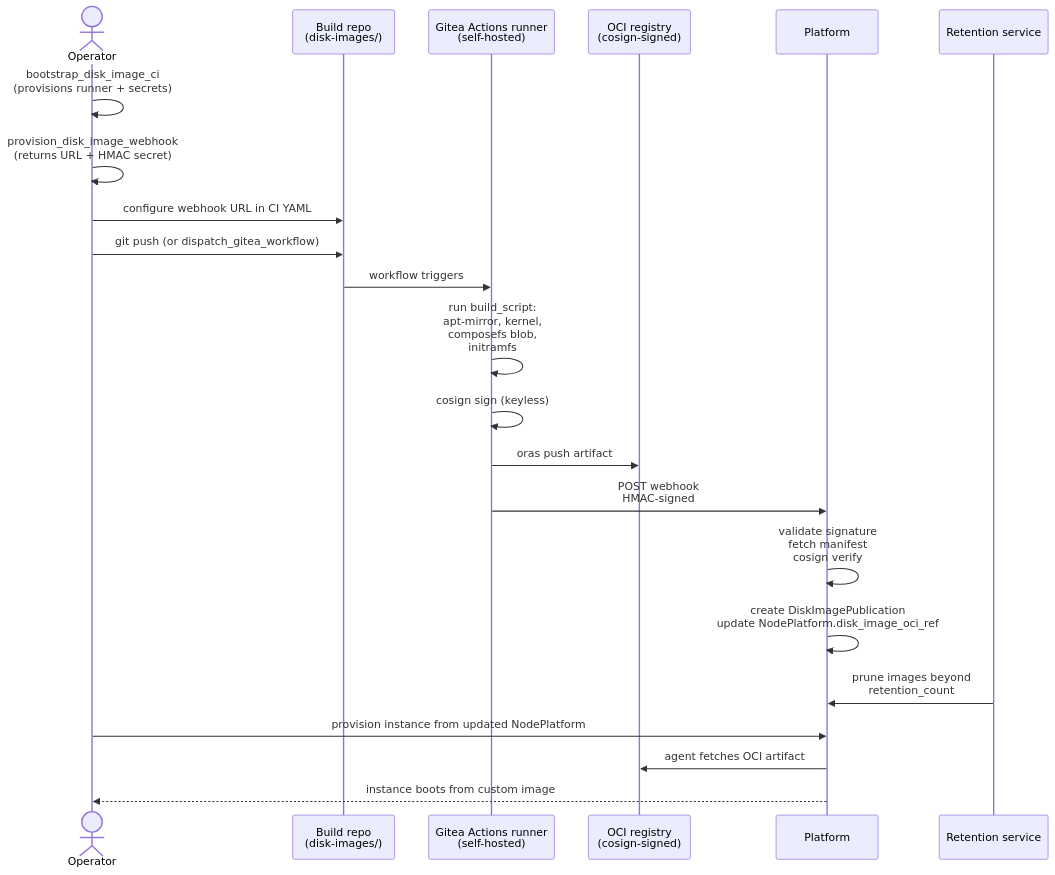
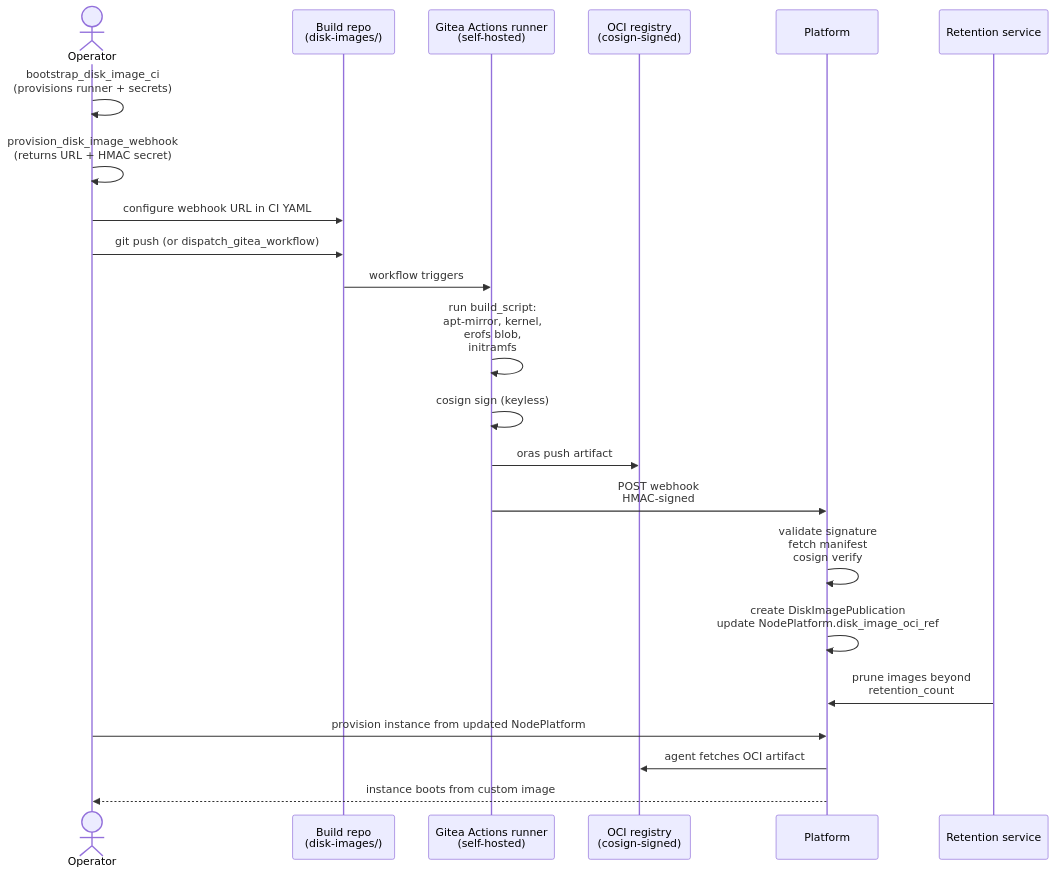
One commit to nodealchemy/powernode-system changed the diagram in docs/tutorials/12-disk-image-ci.md. Above: the diagram before and after it, drawn with Mermaid. The commit also changed other lines of this file and 9 other files, not shown here.

First line of the commit message:
docs: correct composefs->erofs filesystem references in operator docs

````diff
--- a/docs/tutorials/12-disk-image-ci.md
+++ b/docs/tutorials/12-disk-image-ci.md
@@ -23,25 +23,25 @@
 ```mermaid
 sequenceDiagram
     actor Op as Operator
     participant Repo as Build repo<br/>(disk-images/)
     participant Runner as Gitea Actions runner<br/>(self-hosted)
     participant Reg as OCI registry<br/>(cosign-signed)
     participant Plat as Platform
     participant Ret as Retention service
 
     Op->>Op: bootstrap_disk_image_ci<br/>(provisions runner + secrets)
     Op->>Op: provision_disk_image_webhook<br/>(returns URL + HMAC secret)
     Op->>Repo: configure webhook URL in CI YAML
     Op->>Repo: git push (or dispatch_gitea_workflow)
     Repo->>Runner: workflow triggers
-    Runner->>Runner: run build_script:<br/>apt-mirror, kernel,<br/>composefs blob,<br/>initramfs
+    Runner->>Runner: run build_script:<br/>apt-mirror, kernel,<br/>erofs blob,<br/>initramfs
     Runner->>Runner: cosign sign (keyless)
     Runner->>Reg: oras push artifact
     Runner->>Plat: POST webhook<br/>HMAC-signed
     Plat->>Plat: validate signature<br/>fetch manifest<br/>cosign verify
     Plat->>Plat: create DiskImagePublication<br/>update NodePlatform.disk_image_oci_ref
     Ret->>Plat: prune images beyond<br/>retention_count
     Op->>Plat: provision instance from updated NodePlatform
     Plat->>Reg: agent fetches OCI artifact
     Plat-->>Op: instance boots from custom image
 ```
````
